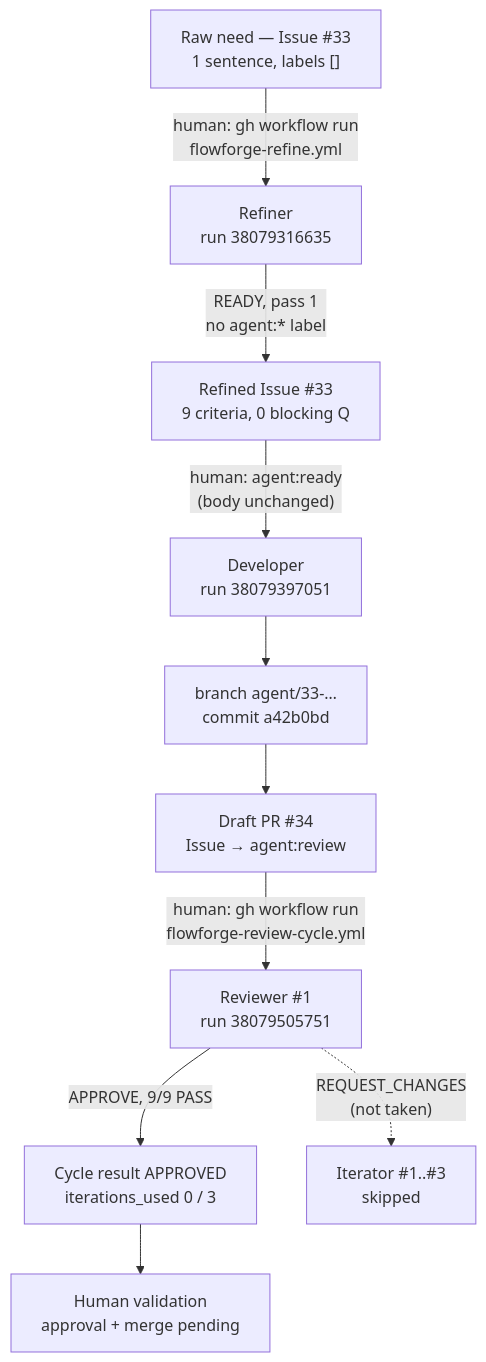
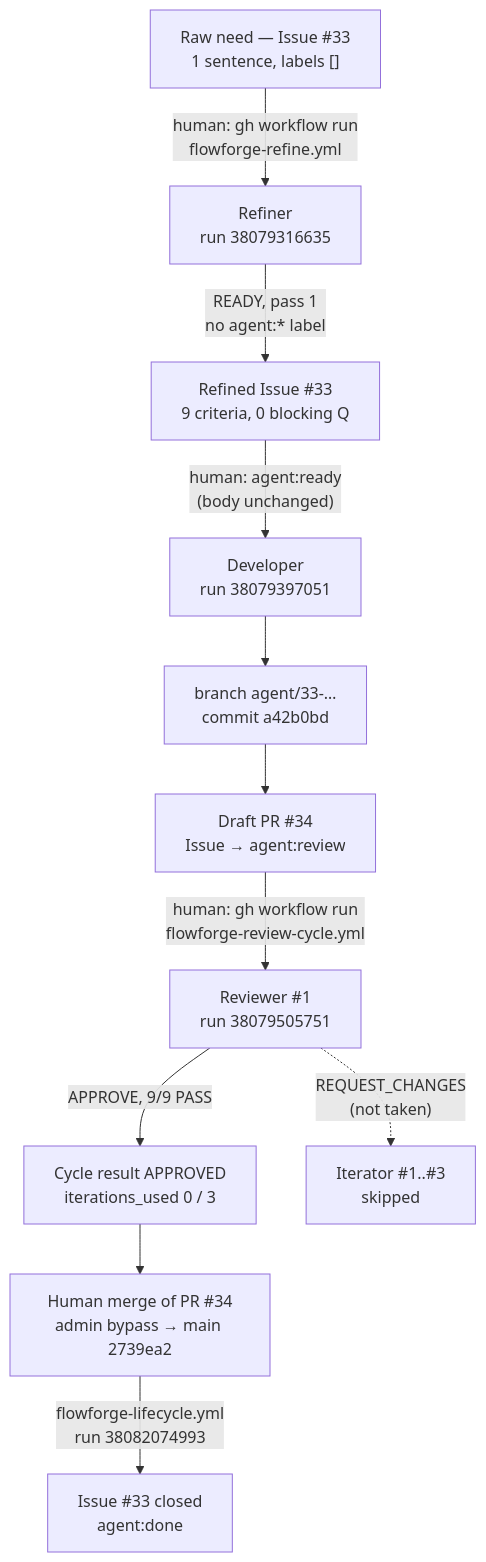
Before and after one commit to TiPunchLabs/flowforge: the diagram in docs/milestones/phase5-refiner-e2e.md, drawn with Mermaid. The commit also changed other lines of this file, not shown here.

First line of the commit message:
docs: record human merge and agent:done for the Phase 5 E2E

````diff
--- a/docs/milestones/phase5-refiner-e2e.md
+++ b/docs/milestones/phase5-refiner-e2e.md
@@ -245,12 +254,13 @@
 ```mermaid
 flowchart TD
     A["Raw need — Issue #33<br/>1 sentence, labels []"] -->|"human: gh workflow run<br/>flowforge-refine.yml"| B["Refiner<br/>run 38079316635"]
     B -->|"READY, pass 1<br/>no agent:* label"| C["Refined Issue #33<br/>9 criteria, 0 blocking Q"]
     C -->|"human: agent:ready<br/>(body unchanged)"| D["Developer<br/>run 38079397051"]
     D --> E["branch agent/33-…<br/>commit a42b0bd"]
     E --> F["Draft PR #34<br/>Issue → agent:review"]
     F -->|"human: gh workflow run<br/>flowforge-review-cycle.yml"| G["Reviewer #1<br/>run 38079505751"]
     G -->|"APPROVE, 9/9 PASS"| H["Cycle result APPROVED<br/>iterations_used 0 / 3"]
     G -.->|"REQUEST_CHANGES<br/>(not taken)"| I["Iterator #1..#3<br/>skipped"]
-    H --> J["Human validation<br/>approval + merge pending"]
+    H --> J["Human merge of PR #34<br/>admin bypass → main 2739ea2"]
+    J -->|"flowforge-lifecycle.yml<br/>run 38082074993"| K["Issue #33 closed<br/>agent:done"]
 ```
````
